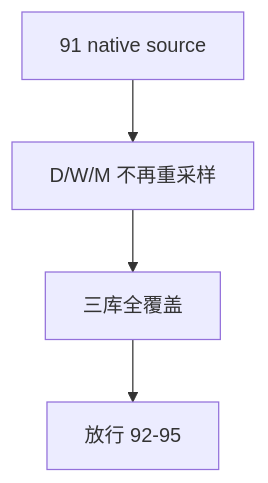
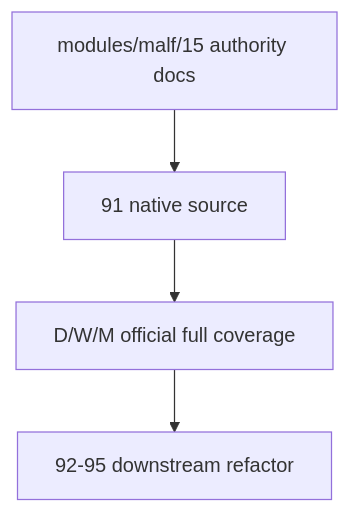
The diagram in docs/03-execution/91-malf-timeframe-native-base-source-rebind-conclusion-20260418.md (everything-is-simple/lifespan-0.01), drawn with Mermaid before and after one commit. The commit also changed other lines of this file and 17 other files, not shown here.

````diff
--- a/docs/03-execution/91-malf-timeframe-native-base-source-rebind-conclusion-20260418.md
+++ b/docs/03-execution/91-malf-timeframe-native-base-source-rebind-conclusion-20260418.md
@@ -28,6 +46,6 @@
 ```mermaid
 flowchart TD
-    A["91 native source"] --> B["D/W/M 不再重采样"]
-    B --> C["三库全覆盖"]
-    C --> D["放行 92-95"]
+    A["modules/malf/15 authority docs"] --> B["91 native source"]
+    B --> C["D/W/M official full coverage"]
+    C --> D["92-95 downstream refactor"]
 ```
````
